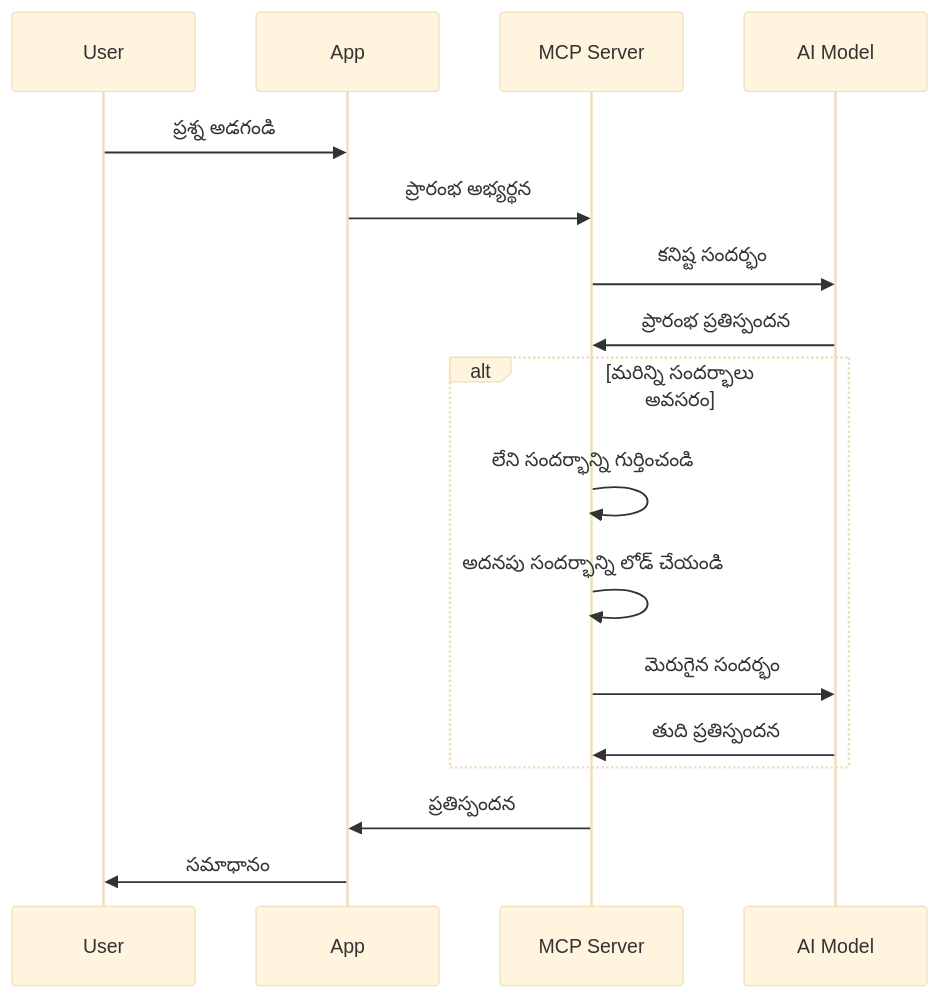
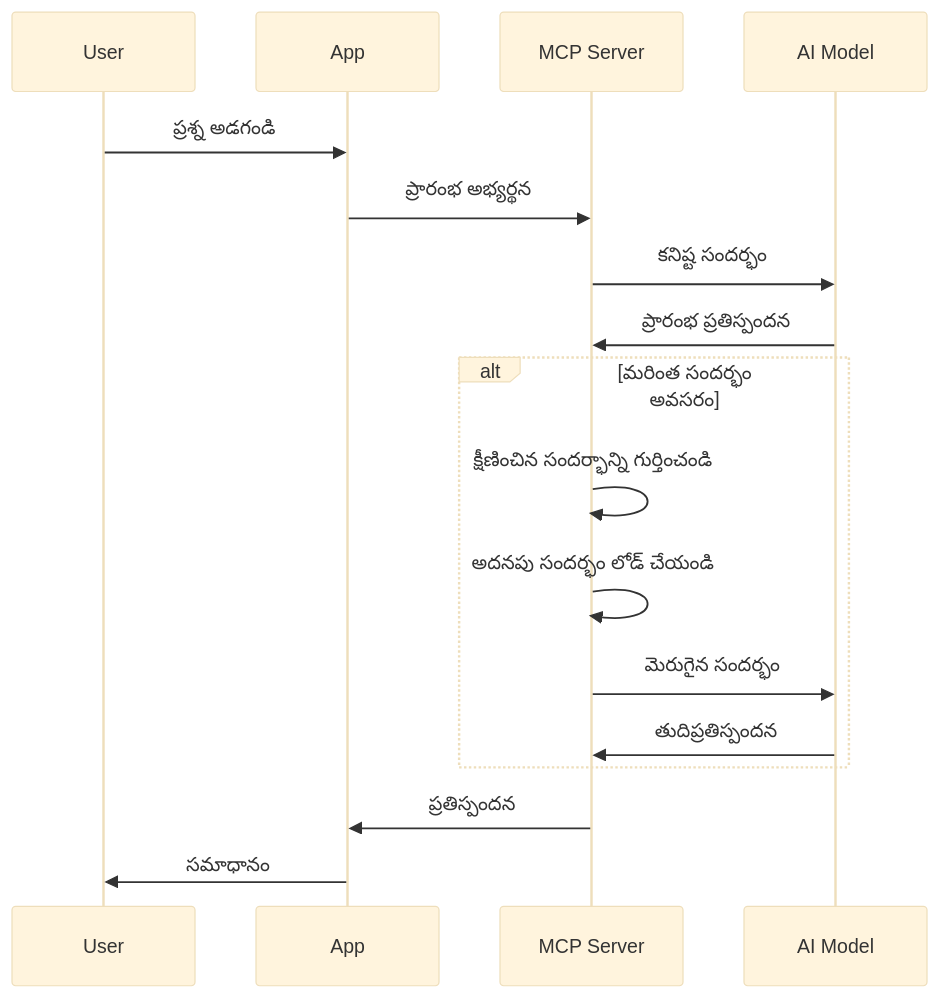
One commit to HIDORAKAI002/ai-workspace-archive changed the fourth of 6 diagrams in mcp_ecosystem__model_context_protocol/mcp_learning_resources/mcp-for-beginners/translations/te/05-AdvancedTopics/mcp-contextengineering/README.md. Above: the diagram before and after it, drawn with Mermaid (base theme). The commit also changed other lines of this file and 1046 other files, not shown here.

````diff
--- a/mcp_ecosystem__model_context_protocol/mcp_learning_resources/mcp-for-beginners/translations/te/05-AdvancedTopics/mcp-contextengineering/README.md
+++ b/mcp_ecosystem__model_context_protocol/mcp_learning_resources/mcp-for-beginners/translations/te/05-AdvancedTopics/mcp-contextengineering/README.md
@@ -205,22 +210,22 @@
 ```mermaid
 sequenceDiagram
     participant User
     participant App
     participant MCP Server
     participant AI Model
 
     User->>App: ప్రశ్న అడగండి
     App->>MCP Server: ప్రారంభ అభ్యర్థన
     MCP Server->>AI Model: కనిష్ట సందర్భం
     AI Model->>MCP Server: ప్రారంభ ప్రతిస్పందన
     
-    alt మరిన్ని సందర్భాలు అవసరం
-        MCP Server->>MCP Server: లేని సందర్భాన్ని గుర్తించండి
-        MCP Server->>MCP Server: అదనపు సందర్భాన్ని లోడ్ చేయండి
+    alt మరింత సందర్భం అవసరం
+        MCP Server->>MCP Server: క్షీణించిన సందర్భాన్ని గుర్తించండి
+        MCP Server->>MCP Server: అదనపు సందర్భం లోడ్ చేయండి
         MCP Server->>AI Model: మెరుగైన సందర్భం
-        AI Model->>MCP Server: తుది ప్రతిస్పందన
+        AI Model->>MCP Server: తుదిప్రతిస్పందన
     end
     
     MCP Server->>App: ప్రతిస్పందన
     App->>User: సమాధానం
 ```
````
